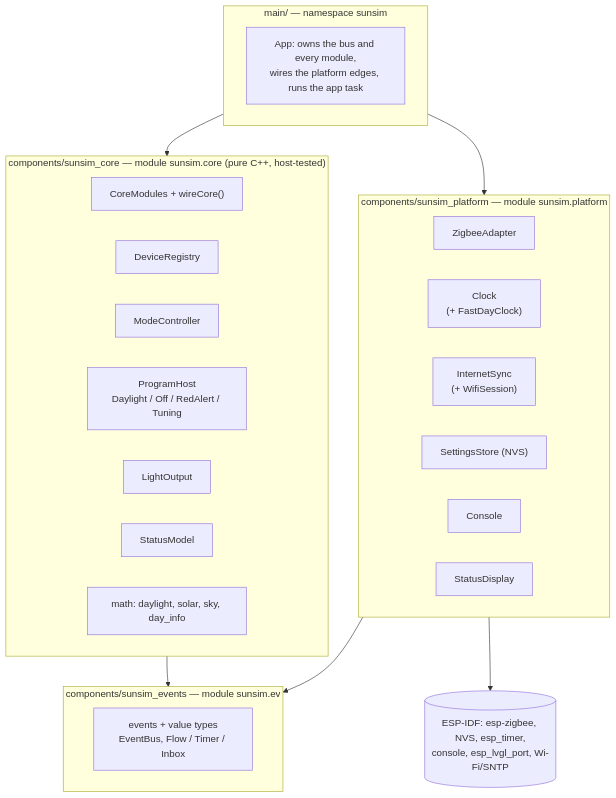
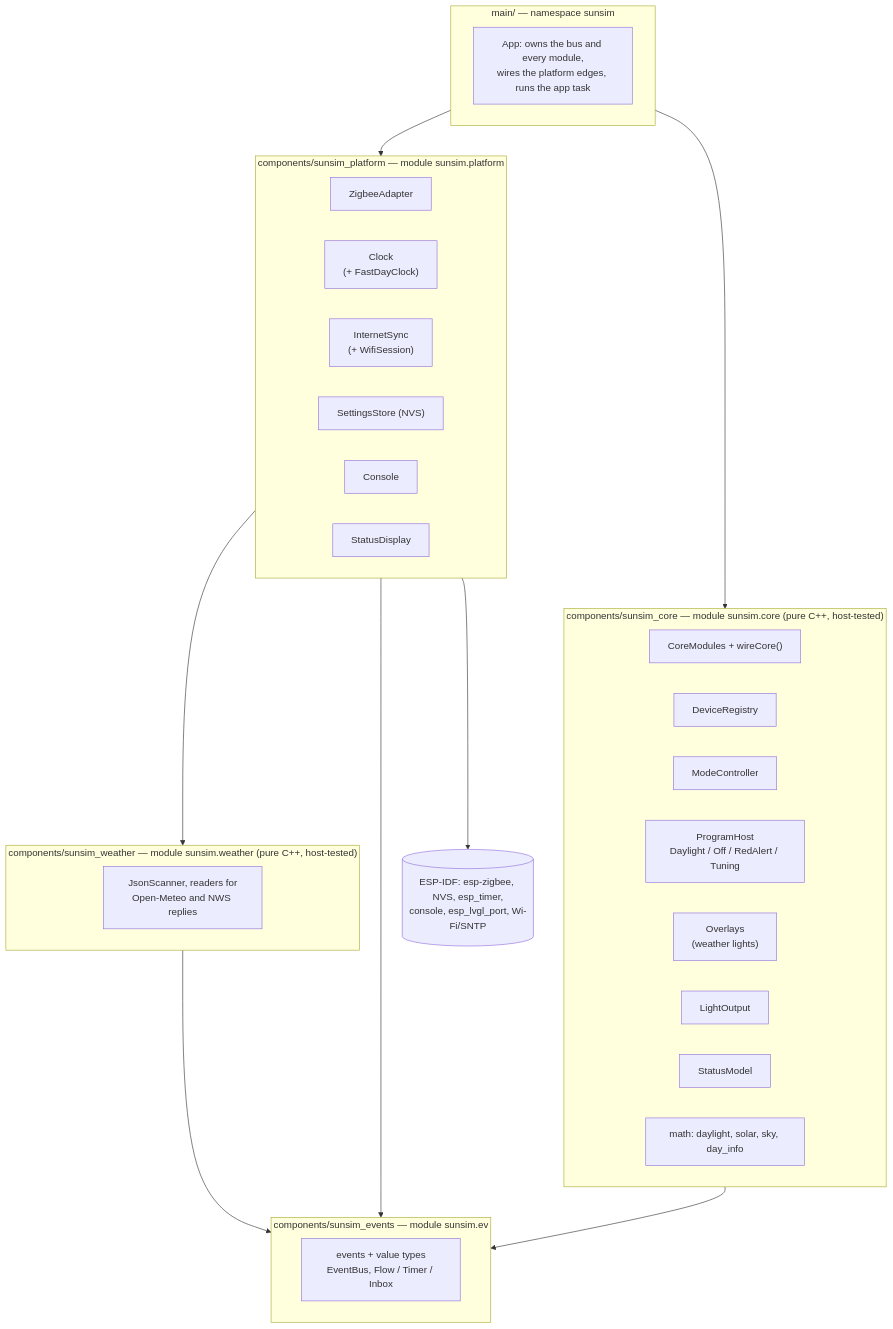
The first of 10 diagrams in ARCHITECTURE.md (bjerre/sunsim), drawn with Mermaid before and after one commit. The commit also changed other lines of this file and 25 other files, not shown here.

````diff
--- a/ARCHITECTURE.md
+++ b/ARCHITECTURE.md
@@ -27,32 +27,37 @@
 ```mermaid
 flowchart TB
     subgraph app["main/ — namespace sunsim"]
         App["App: owns the bus and every module,<br/>wires the platform edges, runs the app task"]
     end
     subgraph platform["components/sunsim_platform — module sunsim.platform"]
         ZA[ZigbeeAdapter]
         CK["Clock<br/>(+ FastDayClock)"]
         IS["InternetSync<br/>(+ WifiSession)"]
         ST["SettingsStore (NVS)"]
         CO[Console]
         DI[StatusDisplay]
     end
     subgraph core["components/sunsim_core — module sunsim.core (pure C++, host-tested)"]
         CM["CoreModules + wireCore()"]
         DR[DeviceRegistry]
         MC[ModeController]
         PH["ProgramHost<br/>Daylight / Off / RedAlert / Tuning"]
+        OV["Overlays<br/>(weather lights)"]
         LO[LightOutput]
         SM[StatusModel]
         MA["math: daylight, solar, sky, day_info"]
+    end
+    subgraph weather["components/sunsim_weather — module sunsim.weather (pure C++, host-tested)"]
+        WR["JsonScanner, readers for<br/>Open-Meteo and NWS replies"]
     end
     subgraph events["components/sunsim_events — module sunsim.ev"]
         EV["events + value types<br/>EventBus, Flow / Timer / Inbox"]
     end
     IDF[("ESP-IDF: esp-zigbee, NVS, esp_timer,<br/>console, esp_lvgl_port, Wi-Fi/SNTP")]
 
     app --> platform & core
+    platform --> weather --> events
     platform --> events
     core --> events
     platform --> IDF
 ```
````
